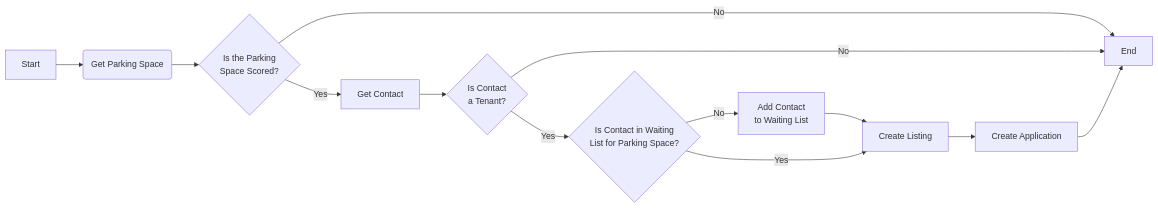
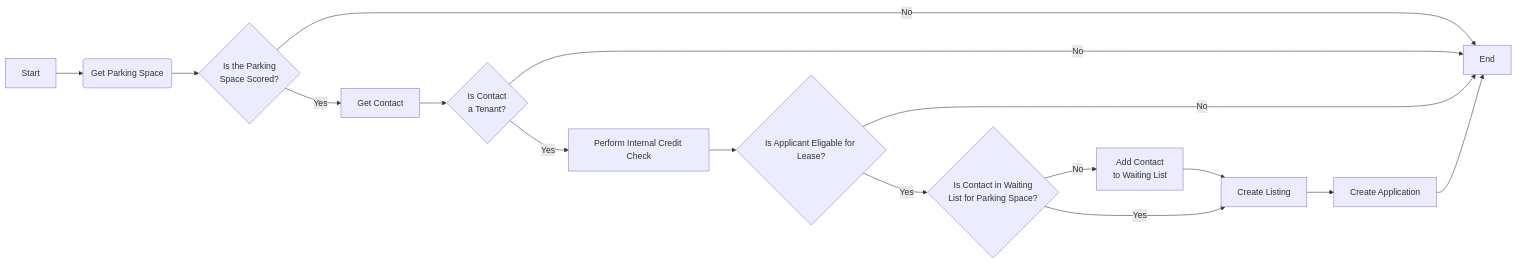
Before and after one commit to Bostads-AB-Mimer/onecore: the first of 2 diagrams in core/src/processes/parkingspaces/internal/DOCS_Create_Note_of_Interest_for_Scored_Parking_Space.md, drawn with Mermaid. The commit also changed other lines of this file and 2 other files, not shown here.

First line of the commit message:
Feat: 1490 Internal Credit Check for Create Note of Interest Process (#80)

````diff
--- a/core/src/processes/parkingspaces/internal/DOCS_Create_Note_of_Interest_for_Scored_Parking_Space.md
+++ b/core/src/processes/parkingspaces/internal/DOCS_Create_Note_of_Interest_for_Scored_Parking_Space.md
@@ -5,15 +5,18 @@
 ```mermaid
 flowchart LR
 A[Start] -->B(Get Parking Space)
 B --> C{Is the Parking<br/>Space Scored?}
 C --> |No| O
 C --> |Yes| D[Get Contact]
 D --> F{Is Contact<br/>a Tenant?}
 F --> |No| O[End]
-F --> |Yes| H{Is Contact in Waiting<br/>List for Parking Space?}
+F --> |Yes| P[Perform Internal Credit Check]
+P --> Q{Is Applicant Eligable for Lease?}
+Q --> |No| O
+Q --> |Yes| H{Is Contact in Waiting<br/>List for Parking Space?}
 H --> |No| I[Add Contact<br/>to Waiting List]
 I --> J[Create Listing]
 J --> K[Create Application]
 H --> |Yes| J
 K --> O
 ```
````
